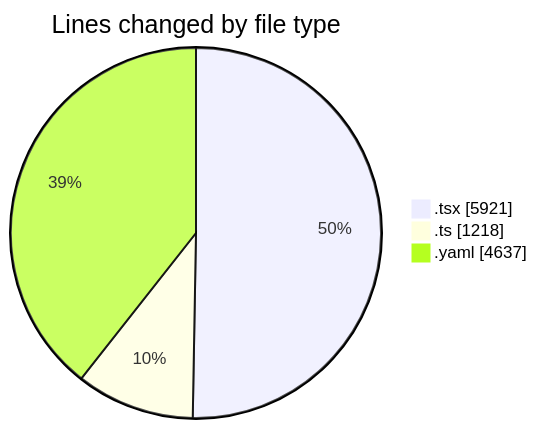
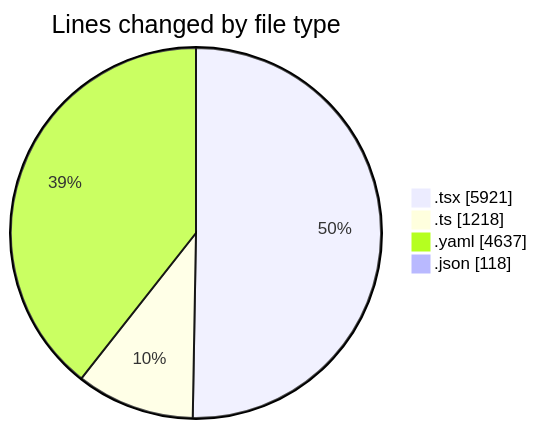
The first of 2 diagrams in 2025-10-13/eventscop-frontend-guide__workspace_/README.md (julien-gomy/code-tracking), drawn with Mermaid before and after one commit. The commit also changed other lines of this file and 1 other file, not shown here.

````diff
--- a/2025-10-13/eventscop-frontend-guide__workspace_/README.md
+++ b/2025-10-13/eventscop-frontend-guide__workspace_/README.md
@@ -52,7 +54,8 @@
 ```mermaid
 pie showData
 title Lines changed by file type
 ".tsx" : 5921
 ".ts" : 1218
 ".yaml" : 4637
+".json" : 118
 ```
````
